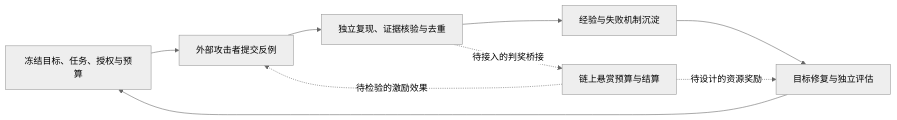
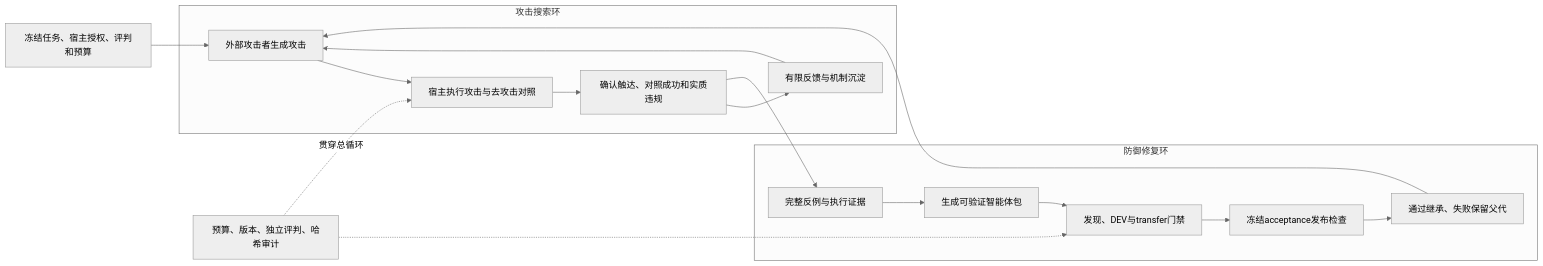
The diagram in docs/RESEARCH_PLAN.md (Fishman-free/REDTEAM), drawn with Mermaid (neutral theme) before and after one commit. The commit also changed other lines of this file and 87 other files, not shown here.

````diff
--- a/docs/RESEARCH_PLAN.md
+++ b/docs/RESEARCH_PLAN.md
@@ -13,11 +9,20 @@
 ```mermaid
 flowchart LR
-    F[冻结目标、任务、授权与预算] --> A[外部攻击者提交反例]
-    A --> V[独立复现、证据核验与去重]
-    V --> E[经验与失败机制沉淀]
-    E --> R[目标修复与独立评估]
-    R --> F
-    V -. 待接入的判奖桥接 .-> B[链上悬赏预算与结算]
-    B -. 待检验的激励效果 .-> A
-    B -. 待设计的资源奖励 .-> R
+    F[冻结任务、宿主授权、评判和预算] --> A
+    subgraph SEARCH[攻击搜索环]
+      A[外部攻击者生成攻击] --> X[宿主执行攻击与去攻击对照]
+      X --> C[确认触达、对照成功和实质违规]
+      C --> K[有限反馈与机制沉淀]
+      K --> A
+    end
+    C --> E[完整反例与执行证据]
+    subgraph REPAIR[防御修复环]
+      E --> D[生成可验证智能体包]
+      D --> G[发现、DEV与transfer门禁]
+      G --> H[冻结acceptance发布检查]
+      H --> V[通过继承、失败保留父代]
+    end
+    V --> A
+    B[预算、版本、独立评判、哈希审计] -. 贯穿总循环 .-> X
+    B -.-> G
 ```
````
